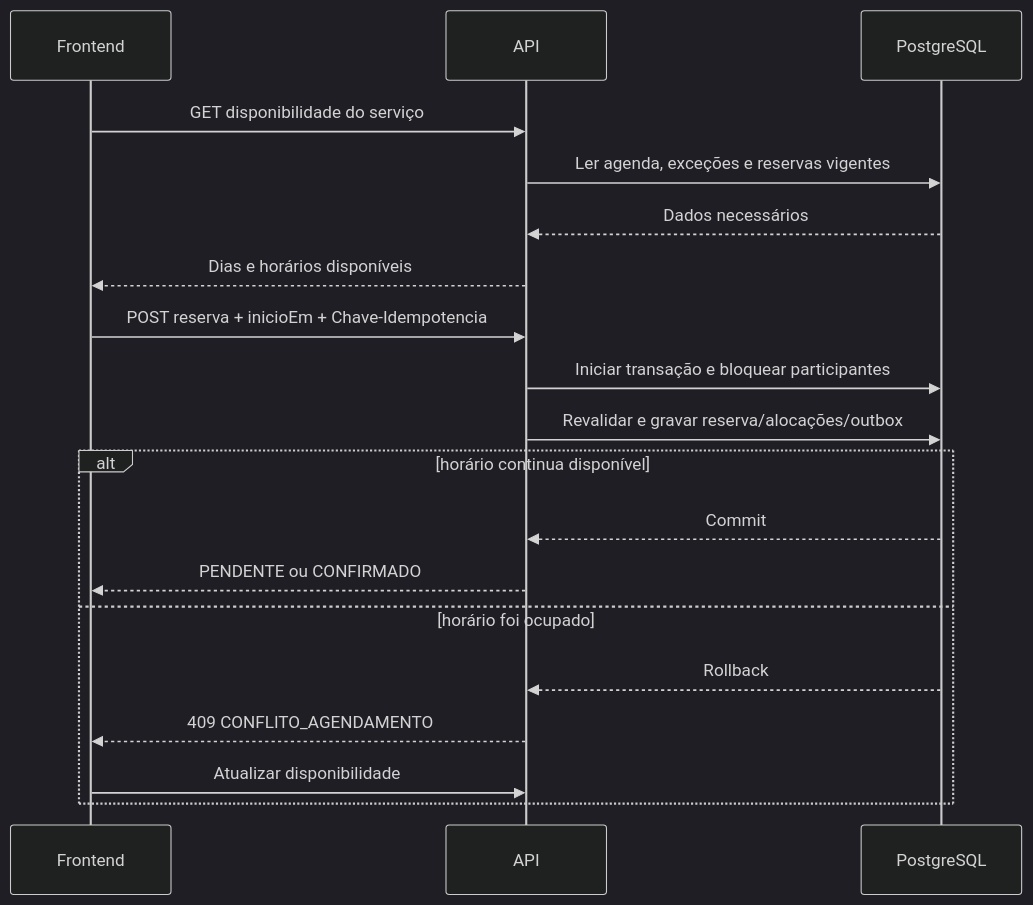
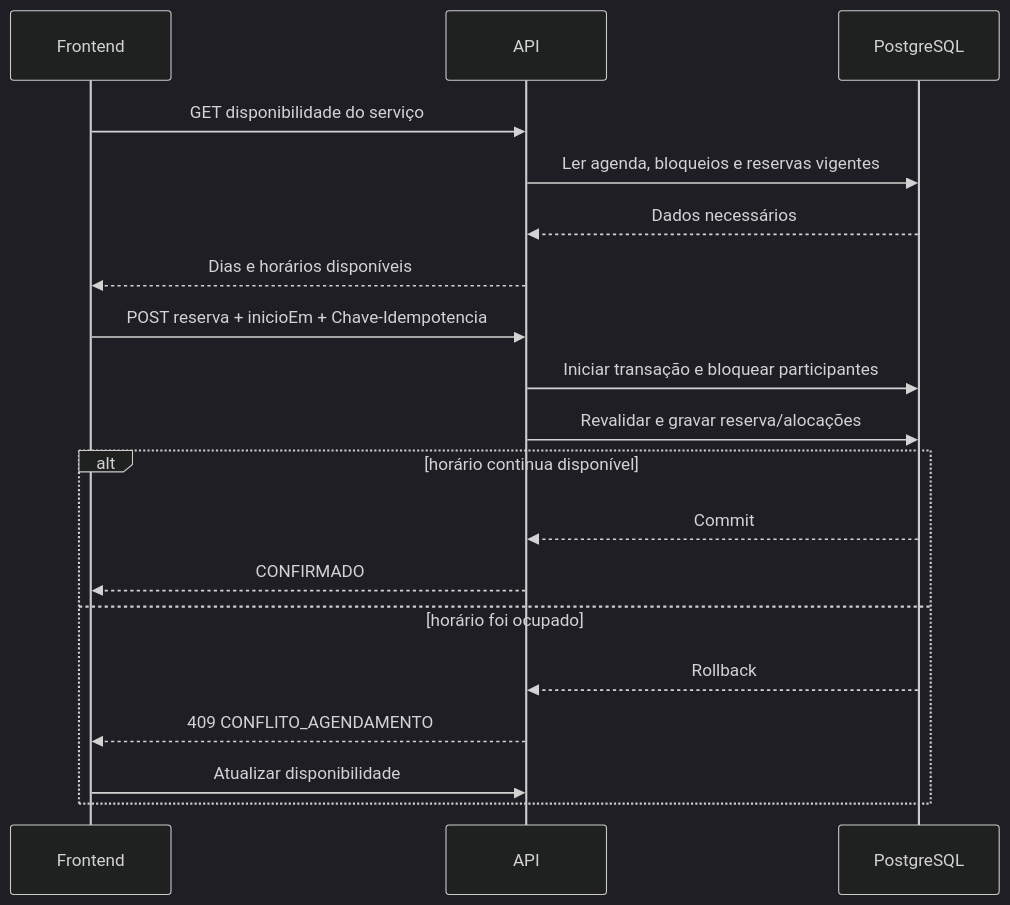
Before and after one commit to JoaoVictorArbegaus/revitalleheadspa: the diagram in sdd_kit/16-scheduling-and-availability.md, drawn with Mermaid (dark theme). The commit also changed other lines of this file and 25 other files, not shown here.

````diff
--- a/sdd_kit/16-scheduling-and-availability.md
+++ b/sdd_kit/16-scheduling-and-availability.md
@@ -120,22 +117,22 @@
 ```mermaid
 sequenceDiagram
     participant F as Frontend
     participant A as API
     participant D as PostgreSQL
 
     F->>A: GET disponibilidade do serviço
-    A->>D: Ler agenda, exceções e reservas vigentes
+    A->>D: Ler agenda, bloqueios e reservas vigentes
     D-->>A: Dados necessários
     A-->>F: Dias e horários disponíveis
     F->>A: POST reserva + inicioEm + Chave-Idempotencia
     A->>D: Iniciar transação e bloquear participantes
-    A->>D: Revalidar e gravar reserva/alocações/outbox
+    A->>D: Revalidar e gravar reserva/alocações
     alt horário continua disponível
         D-->>A: Commit
-        A-->>F: PENDENTE ou CONFIRMADO
+        A-->>F: CONFIRMADO
     else horário foi ocupado
         D-->>A: Rollback
         A-->>F: 409 CONFLITO_AGENDAMENTO
         F->>A: Atualizar disponibilidade
     end
 ```
````
